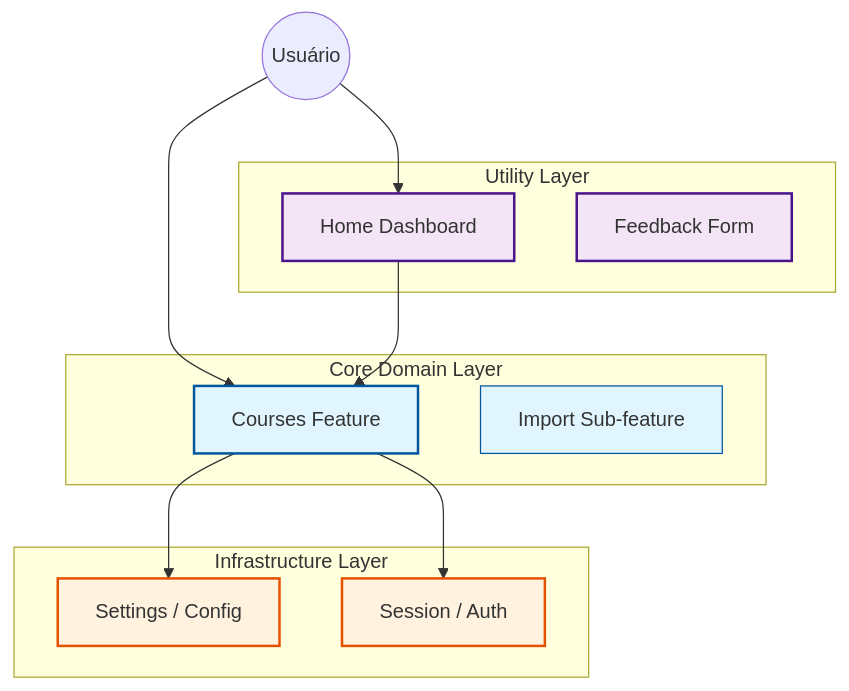
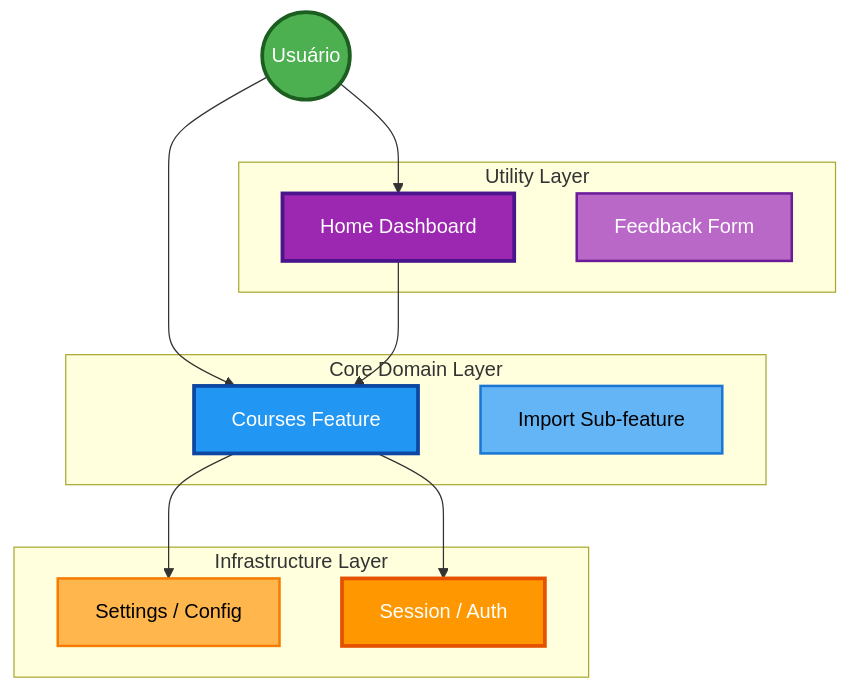
One commit to Gerson-Santiago/extensaoUNIVESP changed the diagram in features/README.md. Above: the diagram before and after it, drawn with Mermaid. The commit also changed 3 other files, not shown here.

````diff
--- a/features/README.md
+++ b/features/README.md
@@ -13,33 +13,34 @@
 ```mermaid
 graph TD
     User((Usuário))
     
     subgraph "Utility Layer"
         Home[Home Dashboard]
         Feedback[Feedback Form]
     end
     
     subgraph "Core Domain Layer"
         Courses[Courses Feature]
         Import[Import Sub-feature]
     end
     
     subgraph "Infrastructure Layer"
         Settings[Settings / Config]
         Session[Session / Auth]
     end
 
     User --> Home
     User --> Courses
     
     Home --> Courses
     Courses --> Session
     Courses --> Settings
     
-    style Courses fill:#e1f5fe,stroke:#01579b,stroke-width:2px
-    style Import fill:#e1f5fe,stroke:#01579b,stroke-width:1px
-    style Session fill:#fff3e0,stroke:#e65100,stroke-width:2px
-    style Settings fill:#fff3e0,stroke:#e65100,stroke-width:2px
-    style Home fill:#f3e5f5,stroke:#4a148c,stroke-width:2px
-    style Feedback fill:#f3e5f5,stroke:#4a148c,stroke-width:2px
+    style Courses fill:#2196F3,stroke:#0D47A1,stroke-width:3px,color:#fff
+    style Import fill:#64B5F6,stroke:#1976D2,stroke-width:2px,color:#000
+    style Session fill:#FF9800,stroke:#E65100,stroke-width:3px,color:#fff
+    style Settings fill:#FFB74D,stroke:#F57C00,stroke-width:2px,color:#000
+    style Home fill:#9C27B0,stroke:#4A148C,stroke-width:3px,color:#fff
+    style Feedback fill:#BA68C8,stroke:#6A1B9A,stroke-width:2px,color:#fff
+    style User fill:#4CAF50,stroke:#1B5E20,stroke-width:3px,color:#fff
 ```
````
